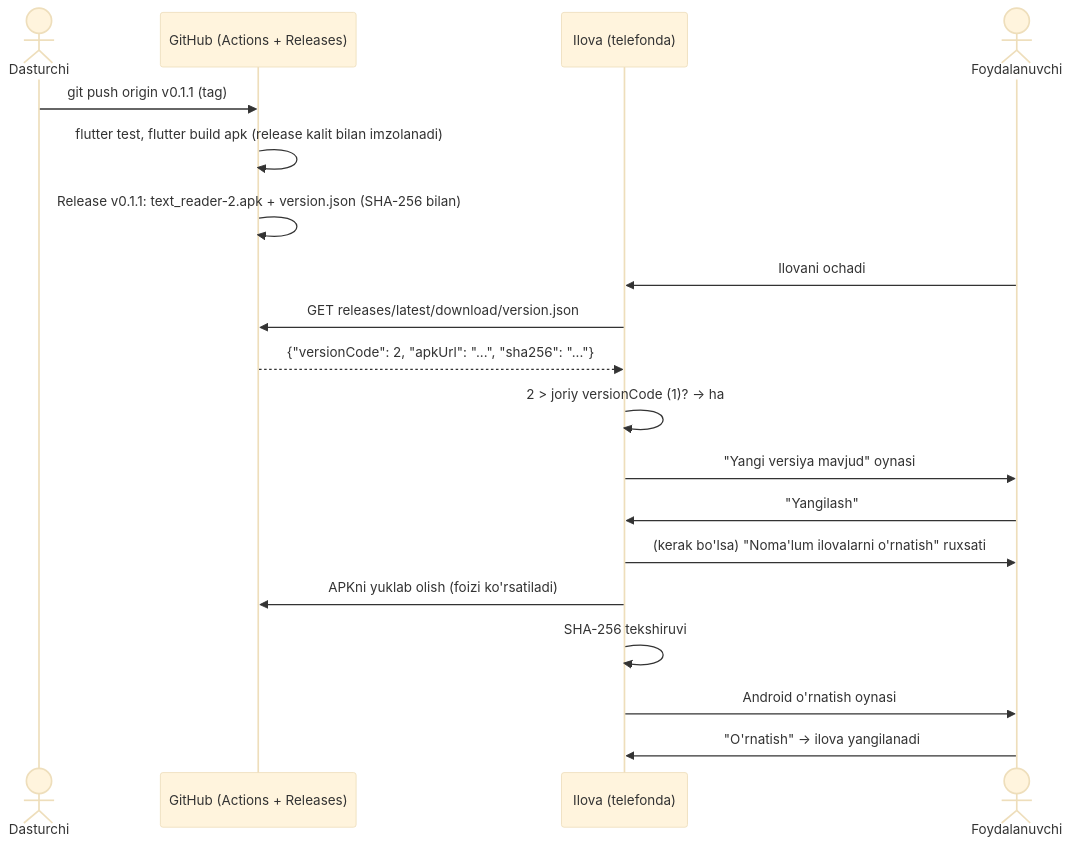
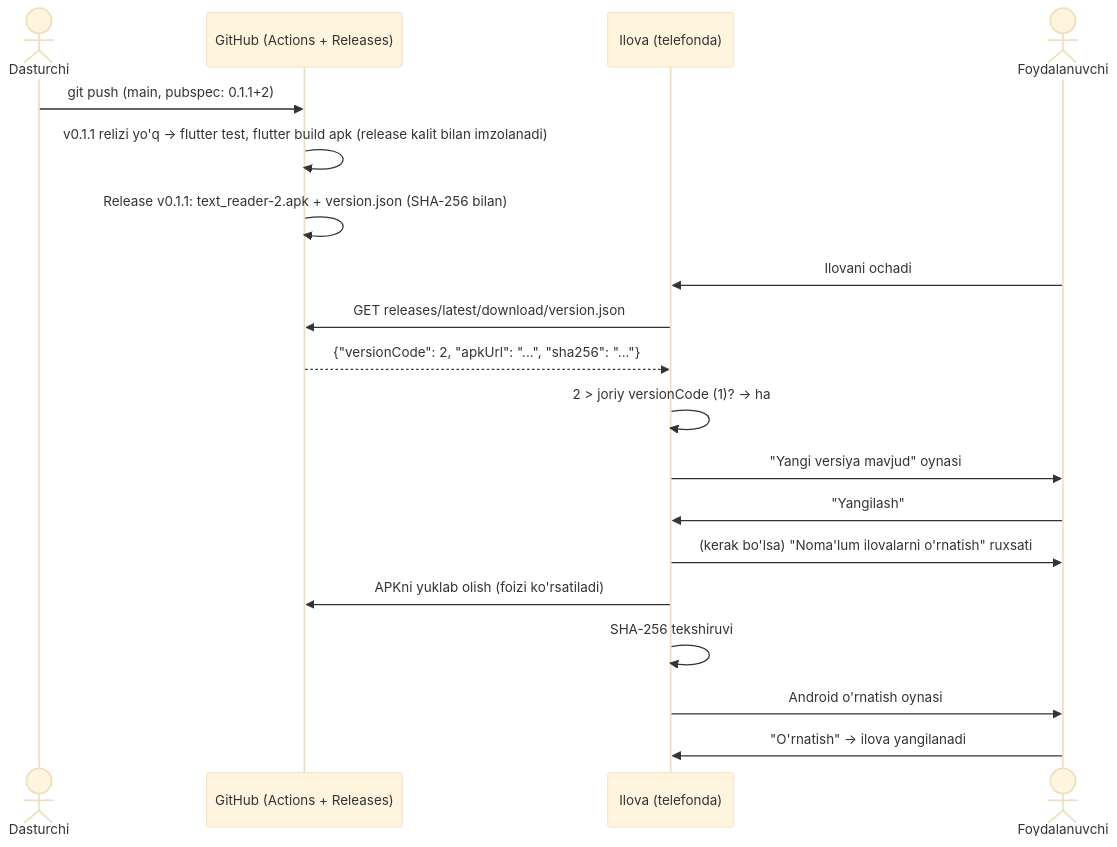
One commit to narzu11ayevnodirbek/text_reader changed the first of 2 diagrams in docs/OTA_UPDATE.md. Above: the diagram before and after it, drawn with Mermaid (base theme). The commit also changed other lines of this file and 3 other files, not shown here.

First line of the commit message:
Reliz main'ga push orqali: pubspec versiyasi oshsa GitHub Actions o'zi chiqaradi

````diff
--- a/docs/OTA_UPDATE.md
+++ b/docs/OTA_UPDATE.md
@@ -67,23 +66,23 @@
 ```mermaid
 sequenceDiagram
     actor Dev as Dasturchi
     participant GH as GitHub (Actions + Releases)
     participant App as Ilova (telefonda)
     actor User as Foydalanuvchi
 
-    Dev->>GH: git push origin v0.1.1 (tag)
-    GH->>GH: flutter test, flutter build apk (release kalit bilan imzolanadi)
+    Dev->>GH: git push (main, pubspec: 0.1.1+2)
+    GH->>GH: v0.1.1 relizi yo'q → flutter test, flutter build apk (release kalit bilan imzolanadi)
     GH->>GH: Release v0.1.1: text_reader-2.apk + version.json (SHA-256 bilan)
 
     User->>App: Ilovani ochadi
     App->>GH: GET releases/latest/download/version.json
     GH-->>App: {"versionCode": 2, "apkUrl": "...", "sha256": "..."}
     App->>App: 2 > joriy versionCode (1)? → ha
     App->>User: "Yangi versiya mavjud" oynasi
     User->>App: "Yangilash"
     App->>User: (kerak bo'lsa) "Noma'lum ilovalarni o'rnatish" ruxsati
     App->>GH: APKni yuklab olish (foizi ko'rsatiladi)
     App->>App: SHA-256 tekshiruvi
     App->>User: Android o'rnatish oynasi
     User->>App: "O'rnatish" → ilova yangilanadi
 ```
````
